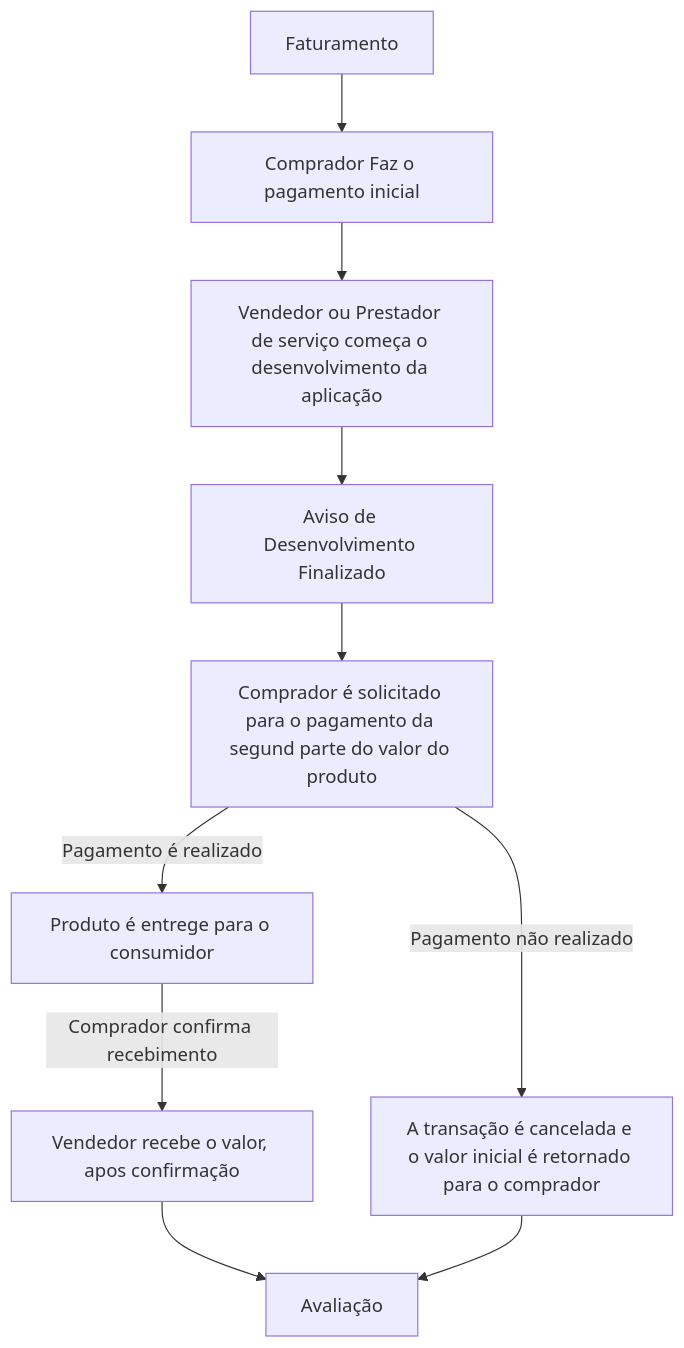
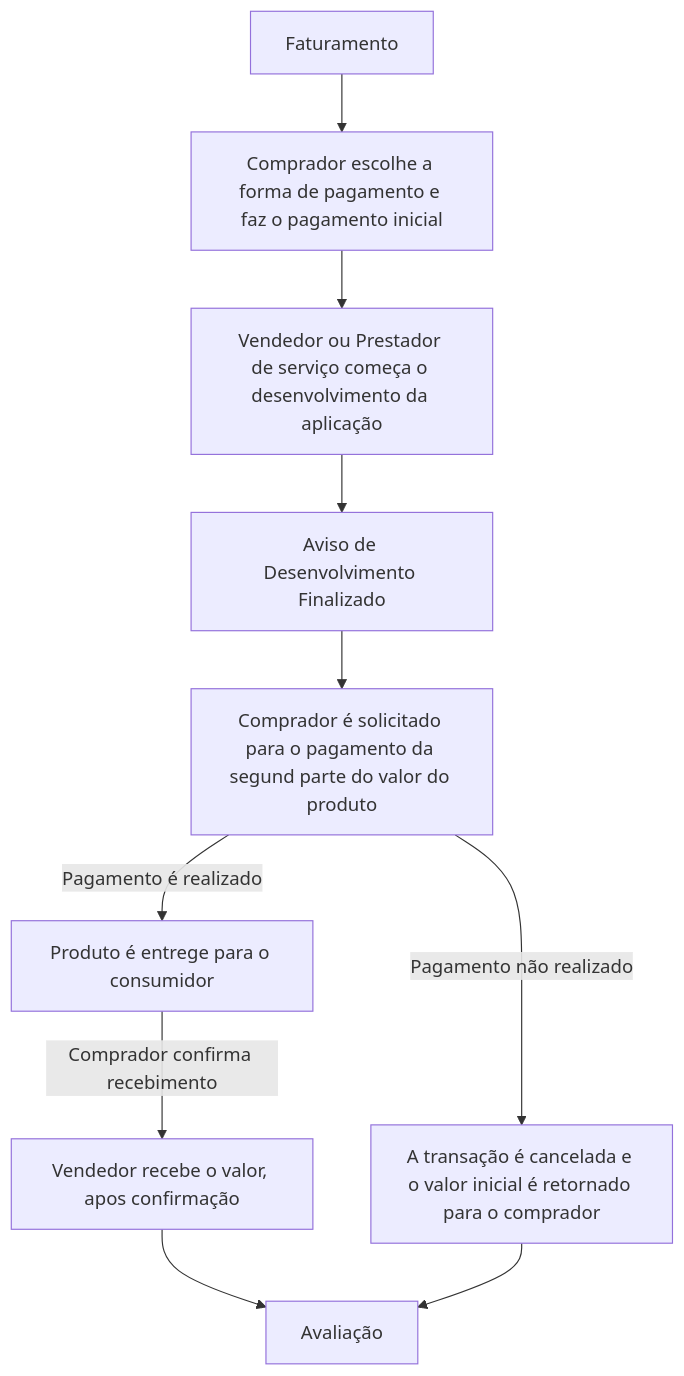
Before and after one commit to giovanni1351/EngenhariaDeSoftwareProjeto: the second of 6 diagrams in Lab/Lab1.md, drawn with Mermaid.

````diff
--- a/Lab/Lab1.md
+++ b/Lab/Lab1.md
@@ -74,13 +74,13 @@
 ```mermaid
 graph TD;
 
-    Fat[Faturamento]-->PagamentoInicial[Comprador Faz o pagamento inicial]
+    Fat[Faturamento]-->PagamentoInicial[Comprador escolhe a forma de pagamento e faz o pagamento inicial]
     PagamentoInicial --> InicioDoDesenvolvimento[Vendedor ou Prestador de serviço começa o desenvolvimento da aplicação]
     InicioDoDesenvolvimento--> FimDoDev[Aviso de Desenvolvimento Finalizado]
     FimDoDev --> SolcitacaoPagamentoParte2[Comprador é solicitado para o pagamento da segund parte do valor do produto]
     SolcitacaoPagamentoParte2 --> |Pagamento é realizado|EntregaProd[Produto é entrege para o consumidor]
     SolcitacaoPagamentoParte2 -->|Pagamento não realizado| CancelamentoPorNaoPagamento[ A transação é cancelada e o valor inicial é retornado para o comprador]
     EntregaProd -->|Comprador confirma recebimento| PagamentoAoVendedor[Vendedor recebe o valor, apos confirmação]
     PagamentoAoVendedor--> Avaliacao[Avaliação]
     CancelamentoPorNaoPagamento --> Avaliacao
 ```
````
